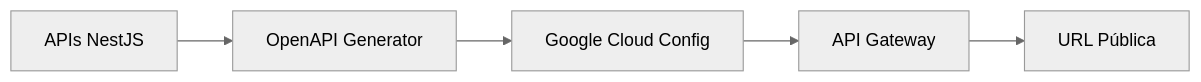
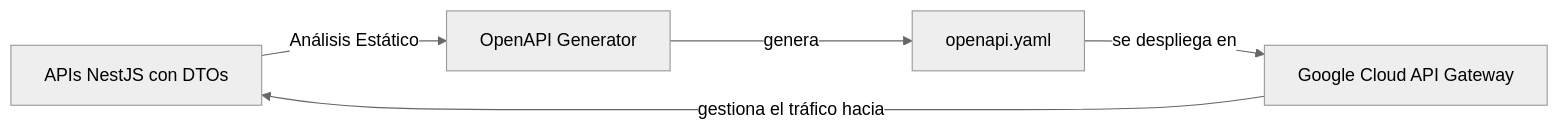
Before and after one commit to floxcristian/nx-starter: the diagram in docs/API_GATEWAY.md, drawn with Mermaid (neutral theme). The commit also changed other lines of this file and 8 other files, not shown here.

First line of the commit message:
feat: Enhance OpenAPI generator for Nx workspace

````diff
--- a/docs/API_GATEWAY.md
+++ b/docs/API_GATEWAY.md
@@ -21,7 +34,7 @@
 ```mermaid
 graph LR
-    A[APIs NestJS] --> B[OpenAPI Generator]
-    B --> C[Google Cloud Config]
-    C --> D[API Gateway]
-    D --> E[URL Pública]
+    A[APIs NestJS con DTOs] -- Análisis Estático --> B[OpenAPI Generator]
+    B -- genera --> C[openapi.yaml]
+    C -- se despliega en --> D[Google Cloud API Gateway]
+    D -- gestiona el tráfico hacia --> A
 ```
````
